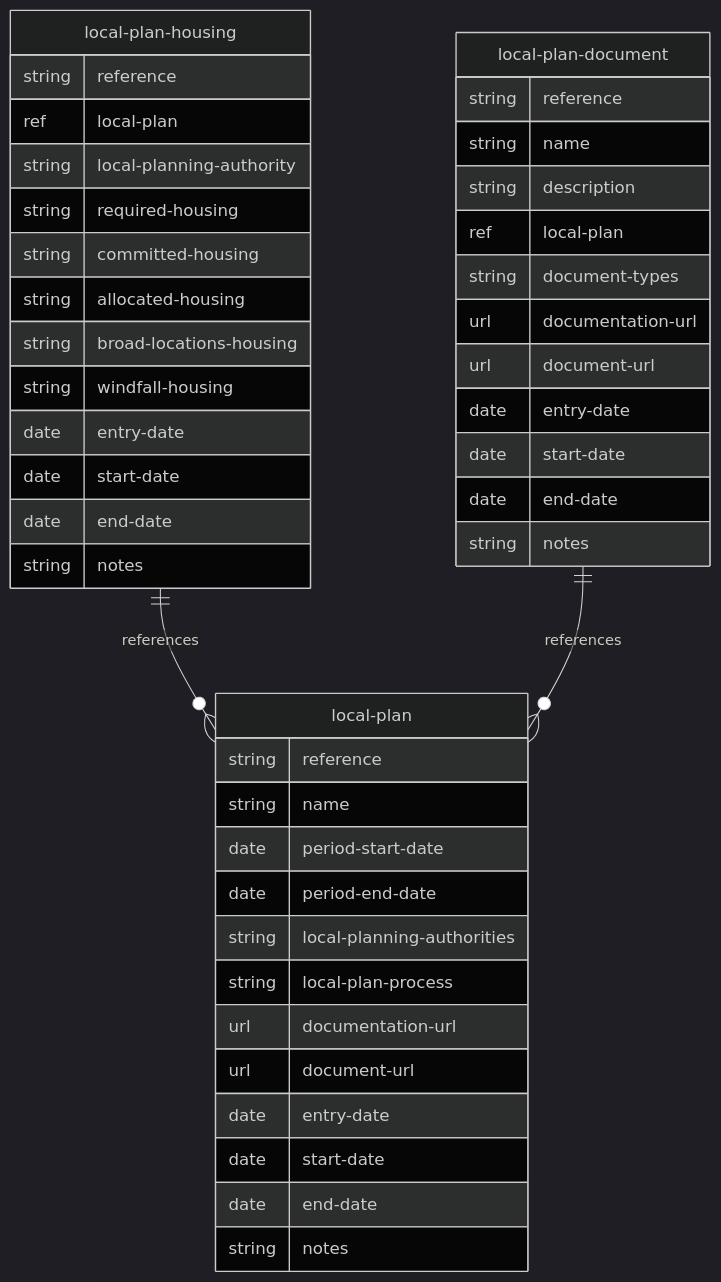
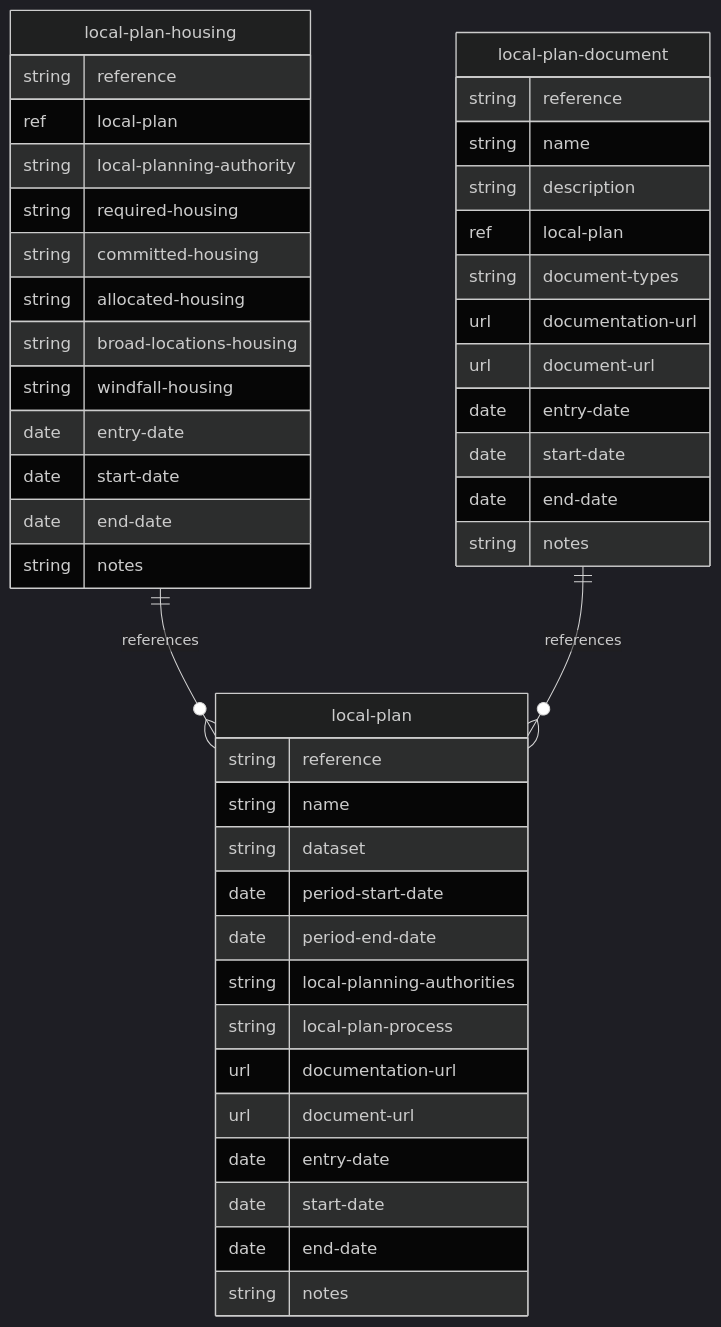
The diagram in docs/mermaid/local-plan.md (digital-land/specification), drawn with Mermaid (dark theme) before and after one commit. The commit also changed 70 other files, not shown here.

````diff
--- a/docs/mermaid/local-plan.md
+++ b/docs/mermaid/local-plan.md
@@ -4,46 +4,47 @@
 ```mermaid
 erDiagram
     local-plan {
         string reference
         string name
+        string dataset
         date period-start-date
         date period-end-date
         string local-planning-authorities
         string local-plan-process
         url documentation-url
         url document-url
         date entry-date
         date start-date
         date end-date
         string notes
     }
     local-plan-housing {
         string reference
         ref local-plan
         string local-planning-authority
         string required-housing
         string committed-housing
         string allocated-housing
         string broad-locations-housing
         string windfall-housing
         date entry-date
         date start-date
         date end-date
         string notes
     }
     local-plan-document {
         string reference
         string name
         string description
         ref local-plan
         string document-types
         url documentation-url
         url document-url
         date entry-date
         date start-date
         date end-date
         string notes
     }
     local-plan-housing ||--o{ local-plan : references
     local-plan-document ||--o{ local-plan : references
 ```
````
